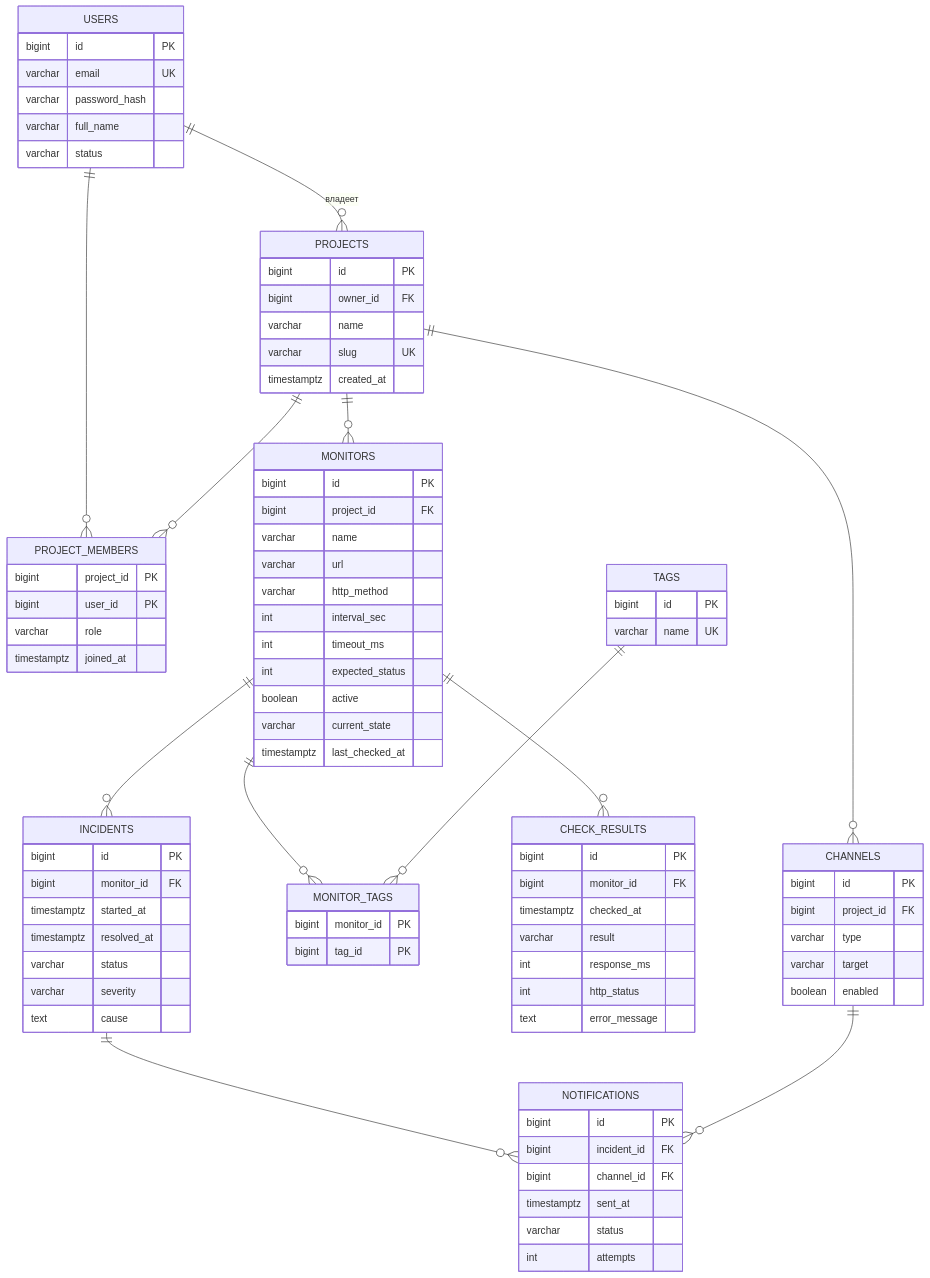
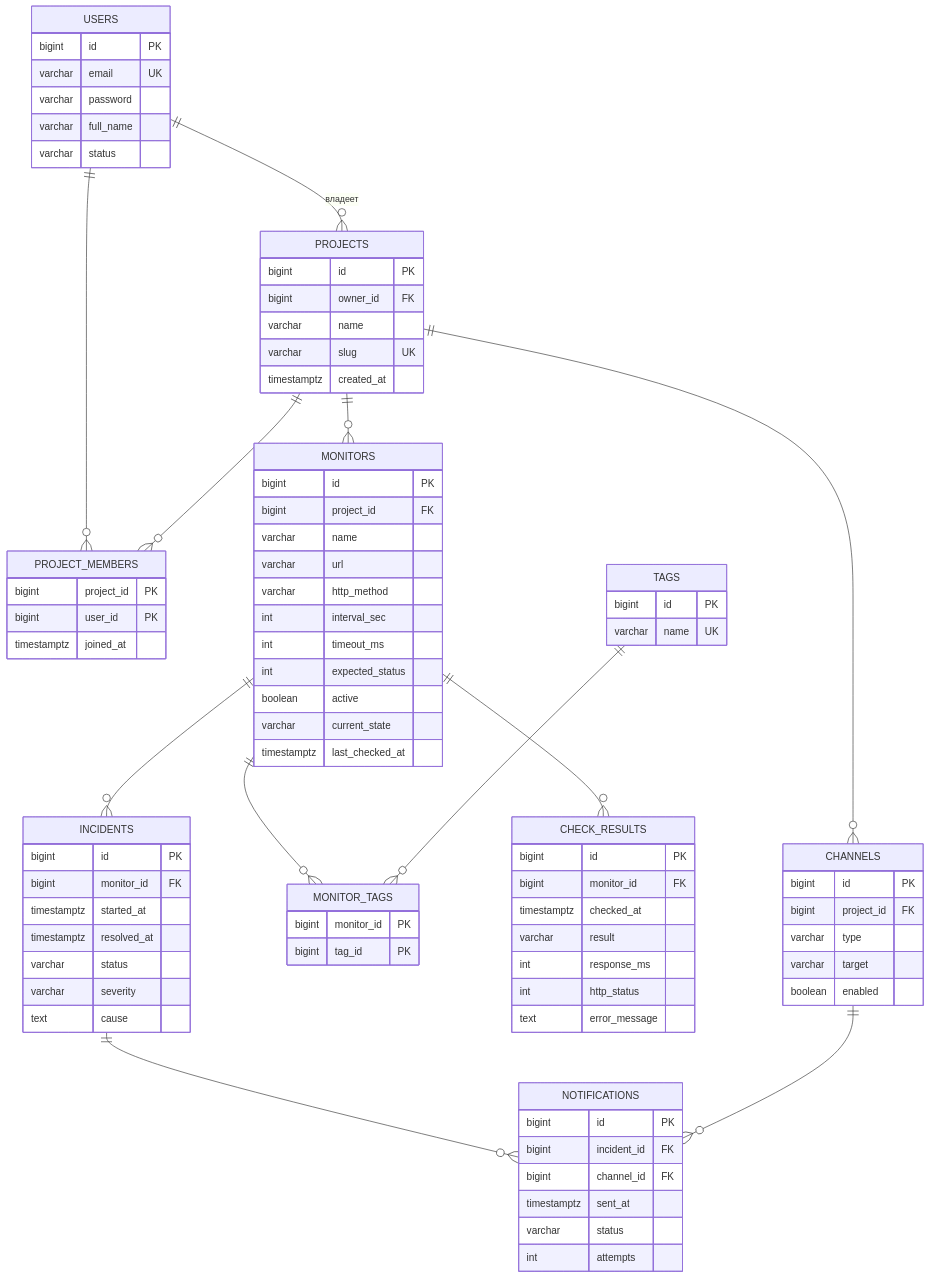
Before and after one commit to awesoma31/service-monitoring: the fourth of 6 diagrams in docs/report-lab1.md, drawn with Mermaid. The commit also changed other lines of this file and 3 other files, not shown here.

```diff
--- a/docs/report-lab1.md
+++ b/docs/report-lab1.md
@@ -149,7 +148,7 @@
     USERS {
         bigint id PK
         varchar email UK
-        varchar password_hash
+        varchar password
         varchar full_name
         varchar status
     }
@@ -163,7 +162,6 @@
     PROJECT_MEMBERS {
         bigint project_id PK
         bigint user_id PK
-        varchar role
         timestamptz joined_at
     }
     MONITORS {
```
